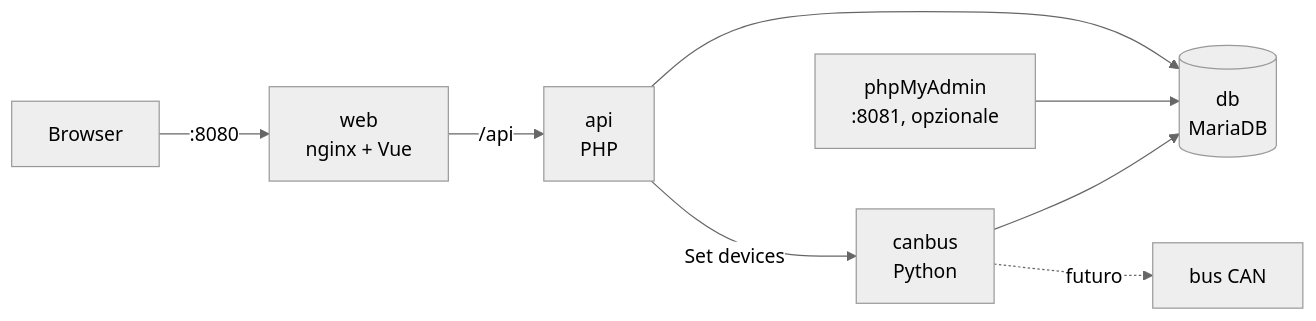
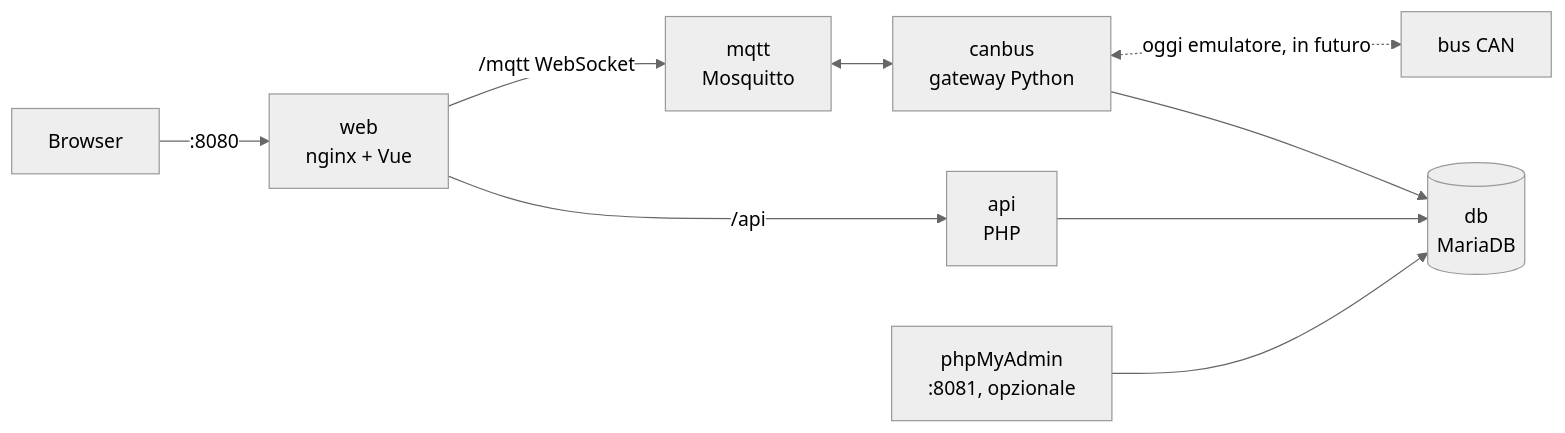
The diagram in docs/README-installazione.md (ingrubino/WebDev), drawn with Mermaid (neutral theme) before and after one commit. The commit also changed other lines of this file and 32 other files, not shown here.

````diff
--- a/docs/README-installazione.md
+++ b/docs/README-installazione.md
@@ -15,10 +16,11 @@
 ```mermaid
 flowchart LR
     B[Browser] -->|:8080| W[web<br/>nginx + Vue]
     W -->|/api| A[api<br/>PHP]
     A --> D[(db<br/>MariaDB)]
-    A -->|Set devices| C[canbus<br/>Python]
+    W -->|/mqtt WebSocket| M[mqtt<br/>Mosquitto]
+    M <--> C[canbus<br/>gateway Python]
     C --> D
-    C -.->|futuro| X[bus CAN]
+    C <-.->|oggi emulatore, in futuro| X[bus CAN]
     P[phpMyAdmin<br/>:8081, opzionale] --> D
 ```
````
